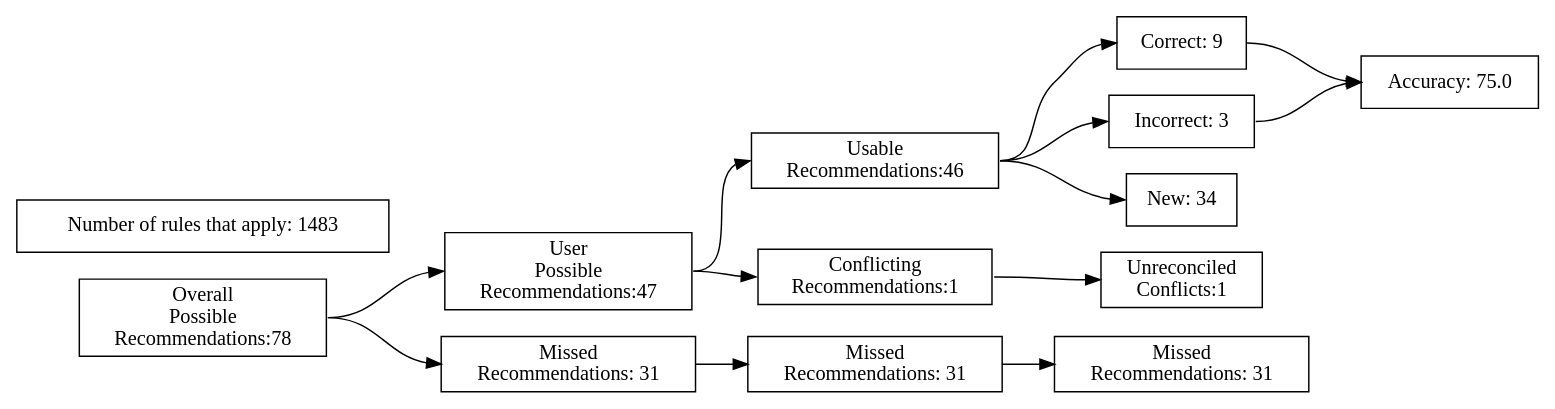
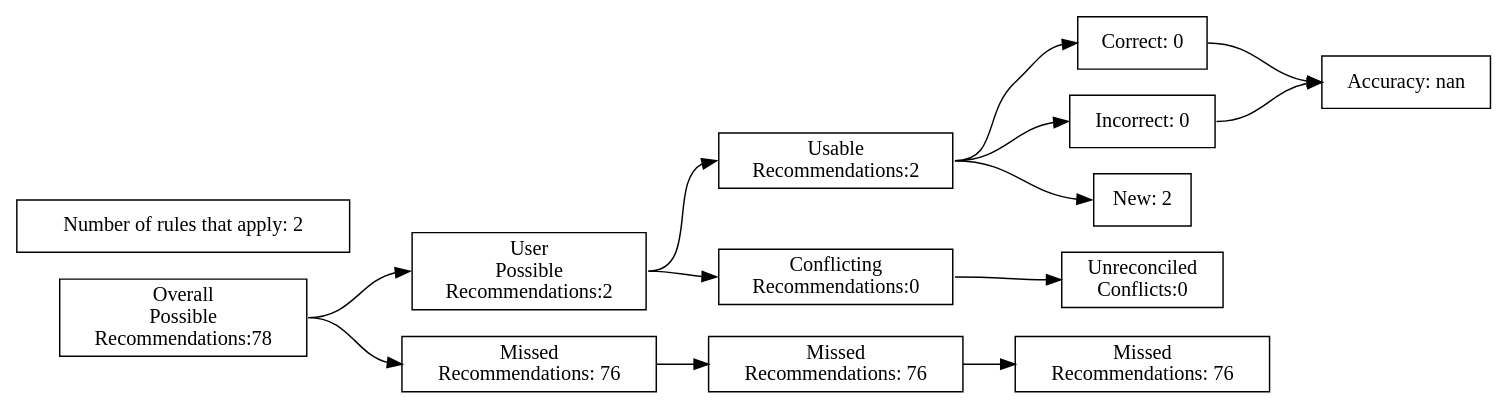
One commit to ZaxR/ibd_diet_analysis changed the diagram in test_renders/71.gv. Above: the diagram before and after it, drawn with Graphviz. The commit also changed 226 other files, not shown here.

Commit message:
Add model rule chart; fix typos

```diff
--- a/test_renders/71.gv
+++ b/test_renders/71.gv
@@ -1,40 +1,40 @@
 digraph {
 	graph [rankdir=LR]
 	node [pos=r shape=box]
 	edge [headport=w tailport=e]
 		A [label="Overall
 Possible
 Recommendations:78"]
 		B [label="User
 Possible
-Recommendations:47"]
+Recommendations:2"]
 		C [label="Missed
-Recommendations: 31"]
+Recommendations: 76"]
 		D [label="Usable
-Recommendations:46"]
+Recommendations:2"]
 		E [label="Conflicting
-Recommendations:1"]
+Recommendations:0"]
 		J [label="Missed
-Recommendations: 31"]
+Recommendations: 76"]
 		M [label="Unreconciled
-Conflicts:1"]
-		F [label="Correct: 9"]
-		G [label="Incorrect: 3"]
-		H [label="New: 34"]
+Conflicts:0"]
+		F [label="Correct: 0"]
+		G [label="Incorrect: 0"]
+		H [label="New: 2"]
 		K [label="Missed
-Recommendations: 31"]
-		I [label="Accuracy: 75.0"]
-		l [label="Number of rules that apply: 1483"]
+Recommendations: 76"]
+		I [label="Accuracy: nan"]
+		l [label="Number of rules that apply: 2"]
 			A -> B
 			A -> C
 			B -> D
 			B -> E
 			D -> F
 			D -> G
 			D -> H
 			F -> I
 			G -> I
 			C -> J
 			J -> K
 			E -> M
 }
```
